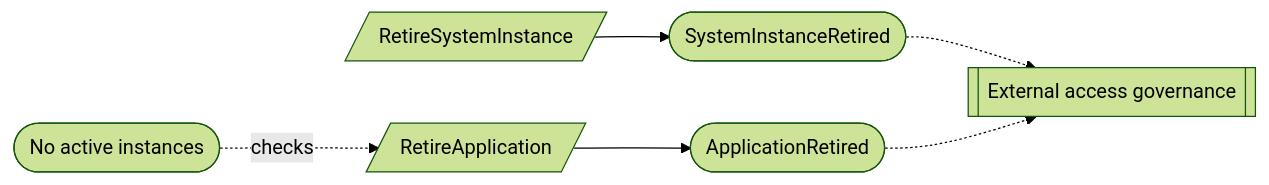
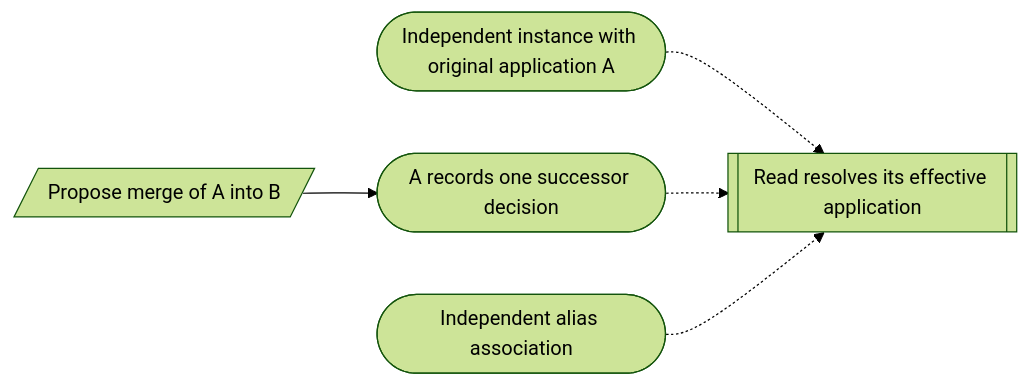
One commit to bdgrz/compliance-core changed the diagram in docs/proposed/contexts/application-inventory.md. Above: the diagram before and after it, drawn with Mermaid (forest theme). The commit also changed other lines of this file and 1812 other files, not shown here.

````diff
--- a/docs/proposed/contexts/application-inventory.md
+++ b/docs/proposed/contexts/application-inventory.md
@@ -162,8 +197,7 @@
 ```mermaid
 flowchart LR
-    C1[/RetireSystemInstance/] --> E1([SystemInstanceRetired])
-    N([No active instances]) -. checks .-> C2
-    C2[/RetireApplication/] --> E2([ApplicationRetired])
-    E1 -.-> X1[[External access governance]]
-    E2 -.-> X1
+    C1[/Propose merge of A into B/] --> A([A records one successor decision])
+    I([Independent instance with original application A]) -.-> V[[Read resolves its effective application]]
+    A -.-> V
+    AL([Independent alias association]) -.-> V
 ```
````
